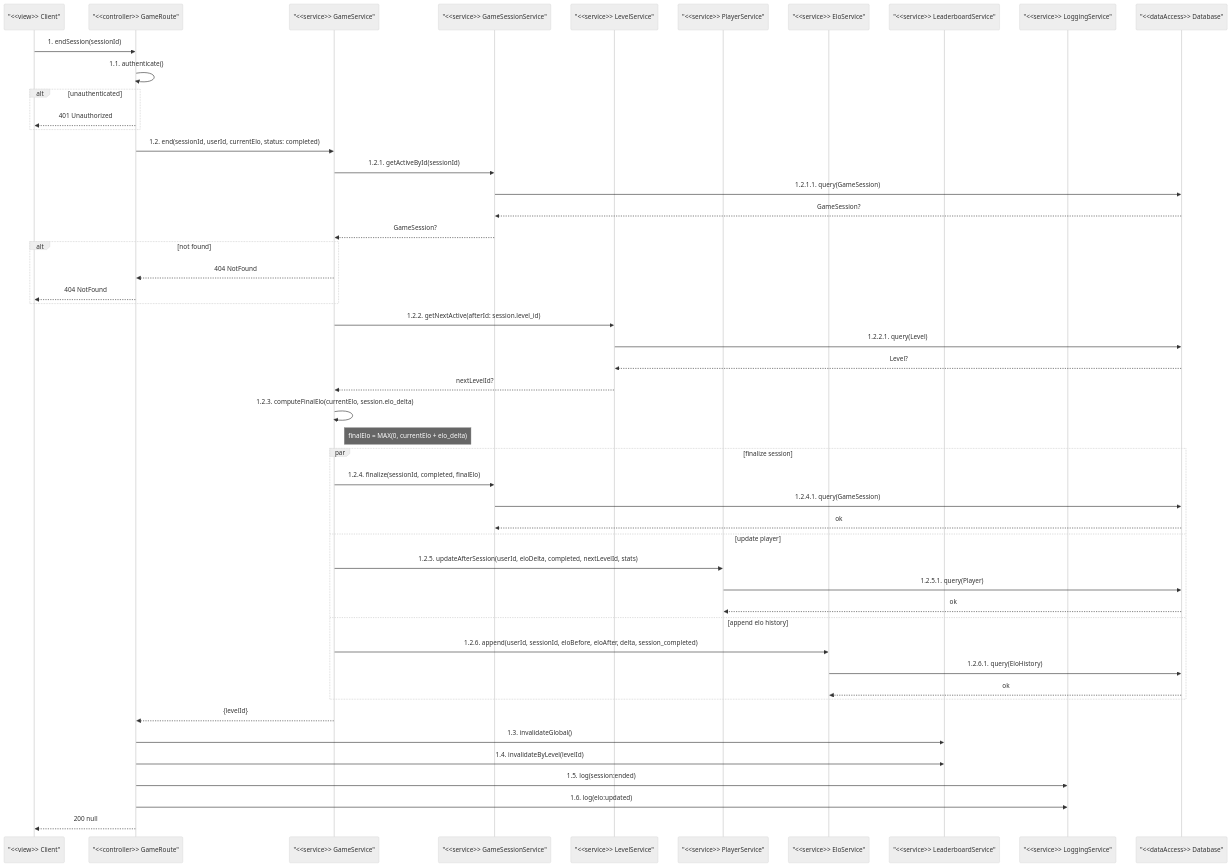
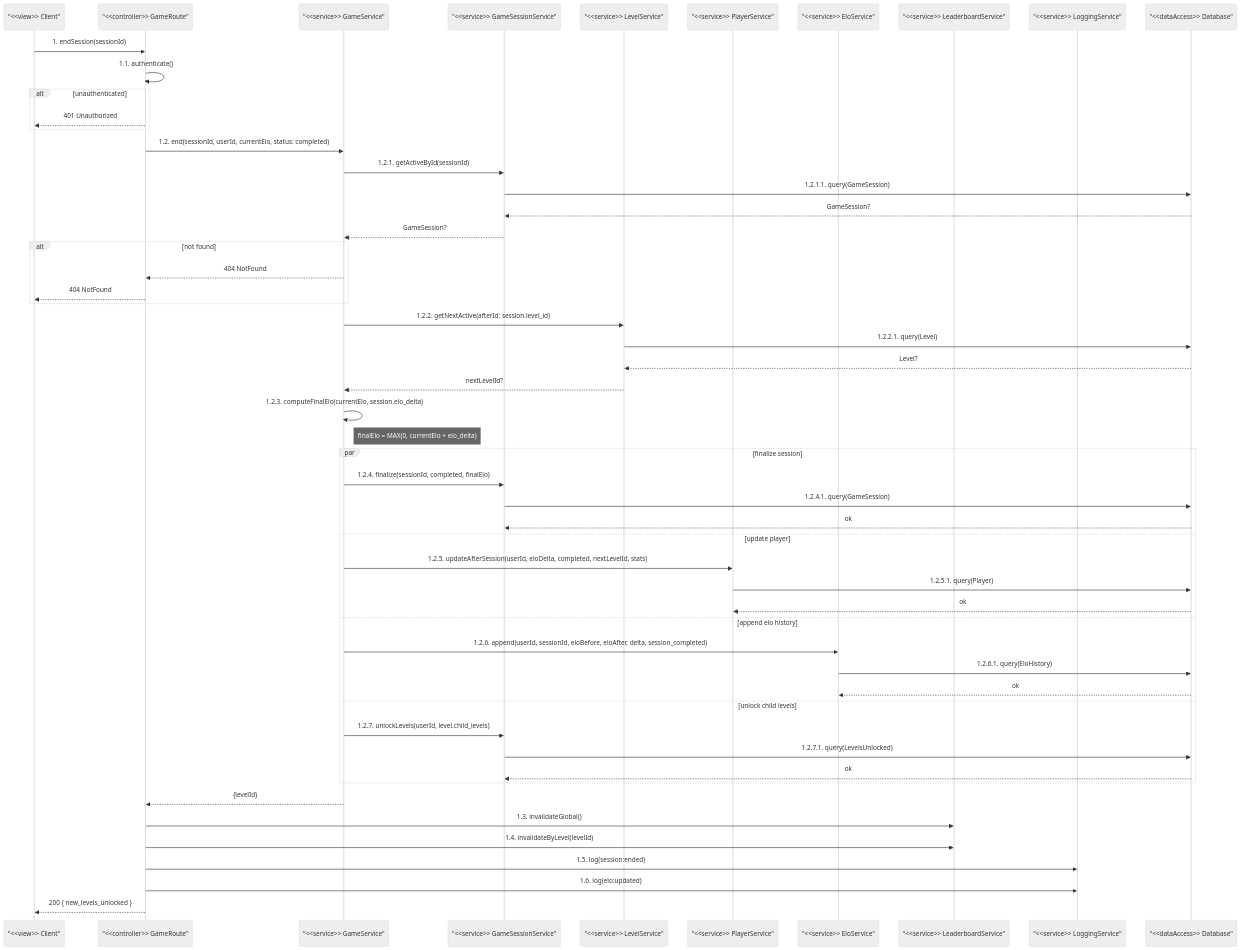
One commit to christphralden/magic-nugger-app changed the third of 6 diagrams in docs/diagrams/game/sequence.md. Above: the diagram before and after it, drawn with Mermaid. The commit also changed other lines of this file and 6 other files, not shown here.

````diff
--- a/docs/diagrams/game/sequence.md
+++ b/docs/diagrams/game/sequence.md
@@ -126,54 +122,58 @@
 ```mermaid
 %%{init: {'theme': 'neutral'}}%%
 sequenceDiagram
     participant C as "<<view>> Client"
     participant R as "<<controller>> GameRoute"
     participant GS as "<<service>> GameService"
     participant GSS as "<<service>> GameSessionService"
     participant LS as "<<service>> LevelService"
     participant PS as "<<service>> PlayerService"
     participant ES as "<<service>> EloService"
     participant LBS as "<<service>> LeaderboardService"
     participant LOG as "<<service>> LoggingService"
     participant DB as "<<dataAccess>> Database"
 
     C->>R: 1. endSession(sessionId)
     R->>R: 1.1. authenticate()
     alt unauthenticated
         R-->>C: 401 Unauthorized
     end
     R->>GS: 1.2. end(sessionId, userId, currentElo, status: completed)
     GS->>GSS: 1.2.1. getActiveById(sessionId)
     GSS->>DB: 1.2.1.1. query(GameSession)
     DB-->>GSS: GameSession?
     GSS-->>GS: GameSession?
     alt not found
         GS-->>R: 404 NotFound
         R-->>C: 404 NotFound
     end
     GS->>LS: 1.2.2. getNextActive(afterId: session.level_id)
     LS->>DB: 1.2.2.1. query(Level)
     DB-->>LS: Level?
     LS-->>GS: nextLevelId?
     GS->>GS: 1.2.3. computeFinalElo(currentElo, session.elo_delta)
     Note right of GS: finalElo = MAX(0, currentElo + elo_delta)
     par finalize session
         GS->>GSS: 1.2.4. finalize(sessionId, completed, finalElo)
         GSS->>DB: 1.2.4.1. query(GameSession)
         DB-->>GSS: ok
     and update player
         GS->>PS: 1.2.5. updateAfterSession(userId, eloDelta, completed, nextLevelId, stats)
         PS->>DB: 1.2.5.1. query(Player)
         DB-->>PS: ok
     and append elo history
         GS->>ES: 1.2.6. append(userId, sessionId, eloBefore, eloAfter, delta, session_completed)
         ES->>DB: 1.2.6.1. query(EloHistory)
         DB-->>ES: ok
+    and unlock child levels
+        GS->>GSS: 1.2.7. unlockLevels(userId, level.child_levels)
+        GSS->>DB: 1.2.7.1. query(LevelsUnlocked)
+        DB-->>GSS: ok
     end
     GS-->>R: {levelId}
     R->>LBS: 1.3. invalidateGlobal()
     R->>LBS: 1.4. invalidateByLevel(levelId)
     R->>LOG: 1.5. log(session:ended)
     R->>LOG: 1.6. log(elo:updated)
-    R-->>C: 200 null
+    R-->>C: 200 { new_levels_unlocked }
 ```
````
